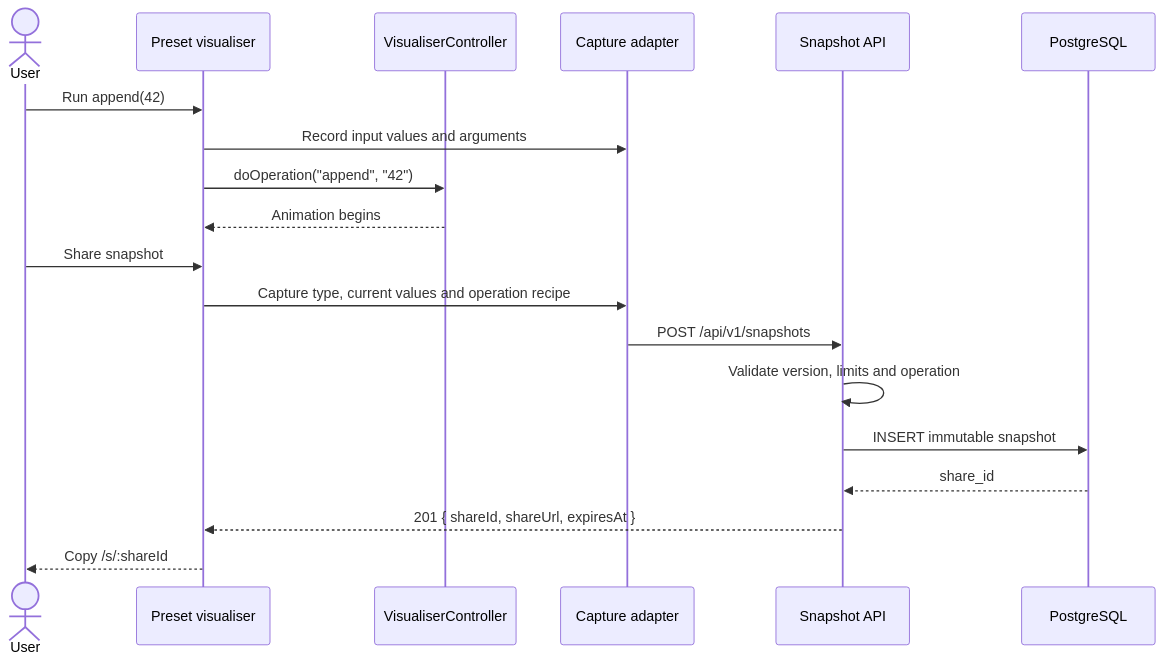
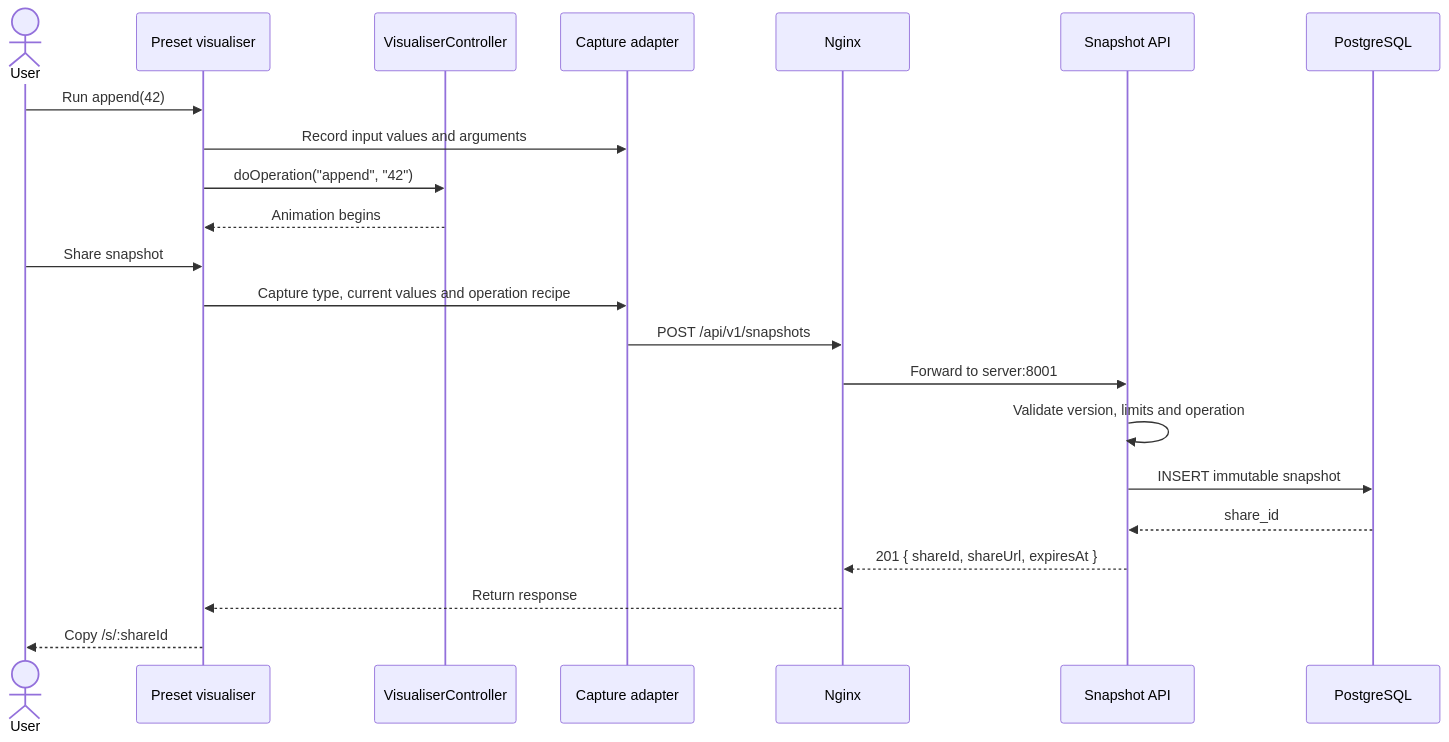
One commit to devsoc-unsw/structs.sh changed the first of 2 diagrams in docs/feat-record-visualisation-session/request-handle-flow.md. Above: the diagram before and after it, drawn with Mermaid. The commit also changed other lines of this file and 8 other files, not shown here.

````diff
--- a/docs/feat-record-visualisation-session/request-handle-flow.md
+++ b/docs/feat-record-visualisation-session/request-handle-flow.md
@@ -7,22 +7,25 @@
 ```mermaid
 sequenceDiagram
   actor U as User
   participant UI as Preset visualiser
   participant C as VisualiserController
   participant A as Capture adapter
+  participant N as Nginx
   participant API as Snapshot API
   participant DB as PostgreSQL
 
   U->>UI: Run append(42)
   UI->>A: Record input values and arguments
   UI->>C: doOperation("append", "42")
   C-->>UI: Animation begins
   U->>UI: Share snapshot
   UI->>A: Capture type, current values and operation recipe
-  A->>API: POST /api/v1/snapshots
+  A->>N: POST /api/v1/snapshots
+  N->>API: Forward to server:8001
   API->>API: Validate version, limits and operation
   API->>DB: INSERT immutable snapshot
   DB-->>API: share_id
-  API-->>UI: 201 { shareId, shareUrl, expiresAt }
+  API-->>N: 201 { shareId, shareUrl, expiresAt }
+  N-->>UI: Return response
   UI-->>U: Copy /s/:shareId
 ```
````
